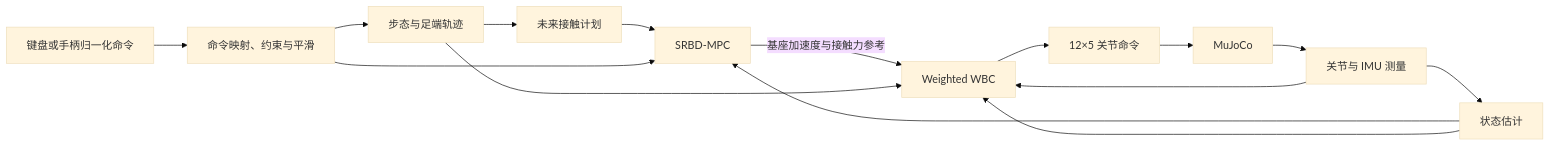
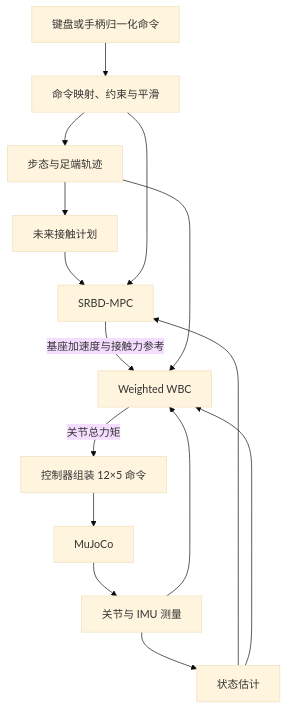
The first of 6 diagrams in docs/03_基于MPC+WBC的四足狗运动控制理论与实现.md (yingjian-peng/Lite3_MPC-WBC_project), drawn with Mermaid (base theme) before and after one commit. The commit also changed other lines of this file and 4 other files, not shown here.

````diff
--- a/docs/03_基于MPC+WBC的四足狗运动控制理论与实现.md
+++ b/docs/03_基于MPC+WBC的四足狗运动控制理论与实现.md
@@ -79,17 +74,17 @@
 ```mermaid
-flowchart LR
+flowchart TB
     U[键盘或手柄归一化命令] --> C[命令映射、约束与平滑]
     Q[关节与 IMU 测量] --> E[状态估计]
     C --> G[步态与足端轨迹]
     G --> P[未来接触计划]
     E --> M[SRBD-MPC]
     P --> M
     C --> M
     M -->|基座加速度与接触力参考| W[Weighted WBC]
     E --> W
     G --> W
     Q --> W
-    W --> T[12×5 关节命令]
+    W -->|关节总力矩| T[控制器组装 12×5 命令]
     T --> S[MuJoCo]
     S --> Q
 ```
````
